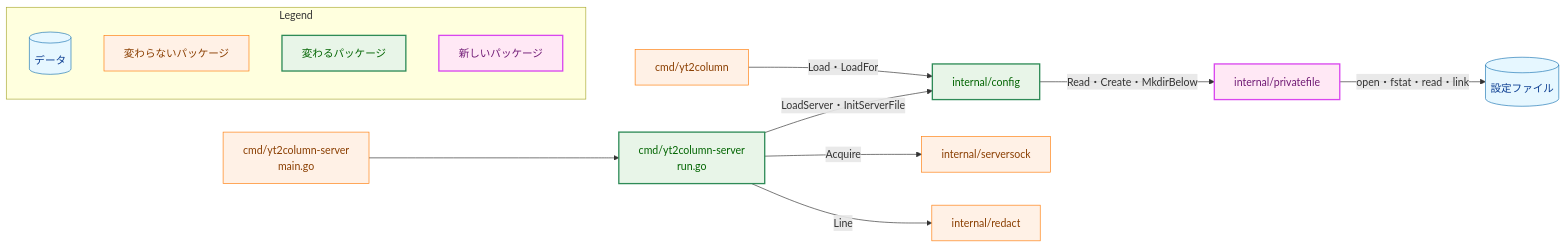
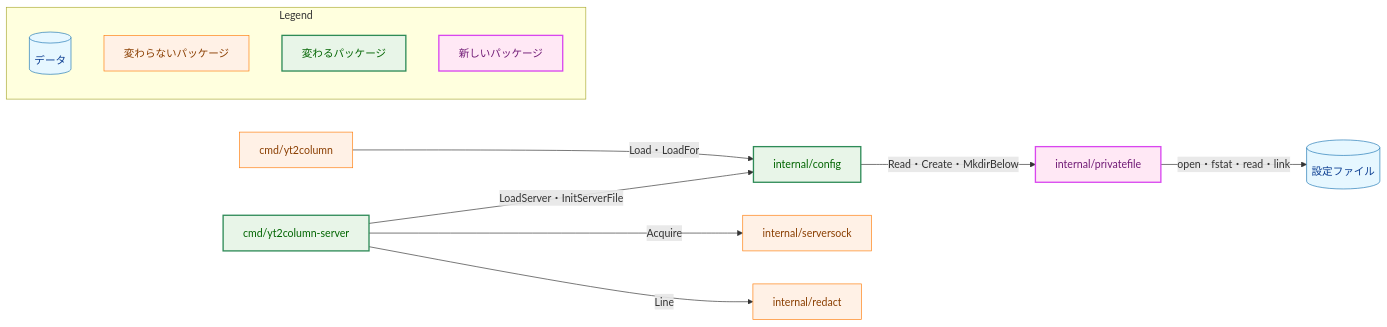
One commit to isseis/yt2column changed the second of 7 diagrams in docs/tasks/0066_server_config_file/02_architecture.md. Above: the diagram before and after it, drawn with Mermaid. The commit also changed other lines of this file and 1 other file, not shown here.

First line of the commit message:
docs(0066): address the architecture review and the prose pass

````diff
--- a/docs/tasks/0066_server_config_file/02_architecture.md
+++ b/docs/tasks/0066_server_config_file/02_architecture.md
@@ -87,40 +89,38 @@
 ```mermaid
 flowchart LR
     classDef data fill:#e6f7ff,stroke:#1f77b4,stroke-width:1px,color:#0b3d91;
     classDef process fill:#fff1e6,stroke:#ff7f0e,stroke-width:1px,color:#8a3e00;
     classDef enhanced fill:#e8f5e8,stroke:#2e8b57,stroke-width:2px,color:#006400;
     classDef newpkg fill:#ffe8f5,stroke:#d946ef,stroke-width:2px,color:#701a75;
 
-    MAIN["cmd/yt2column-server<br>main.go"]
-    RUN["cmd/yt2column-server<br>run.go"]
+    RUN["cmd/yt2column-server"]
     CFG["internal/config"]
     PF["internal/privatefile"]
     SOCK["internal/serversock"]
     RED["internal/redact"]
     CLIMAIN["cmd/yt2column"]
     FILE[("設定ファイル")]
 
-    MAIN --> RUN
     RUN -->|"LoadServer・InitServerFile"| CFG
     RUN -->|"Acquire"| SOCK
     RUN -->|"Line"| RED
     CFG -->|"Read・Create・MkdirBelow"| PF
     PF -->|"open・fstat・read・link"| FILE
     CLIMAIN -->|"Load・LoadFor"| CFG
 
     class FILE data
-    class MAIN,SOCK,RED,CLIMAIN process
+    class SOCK,RED,CLIMAIN process
     class RUN,CFG enhanced
     class PF newpkg
 
     subgraph Legend["Legend"]
         L1[("データ")]
         L2["変わらないパッケージ"]
         L3["変わるパッケージ"]
         L4["新しいパッケージ"]
     end
     class L1 data
     class L2 process
     class L3 enhanced
     class L4 newpkg
 ```
````
